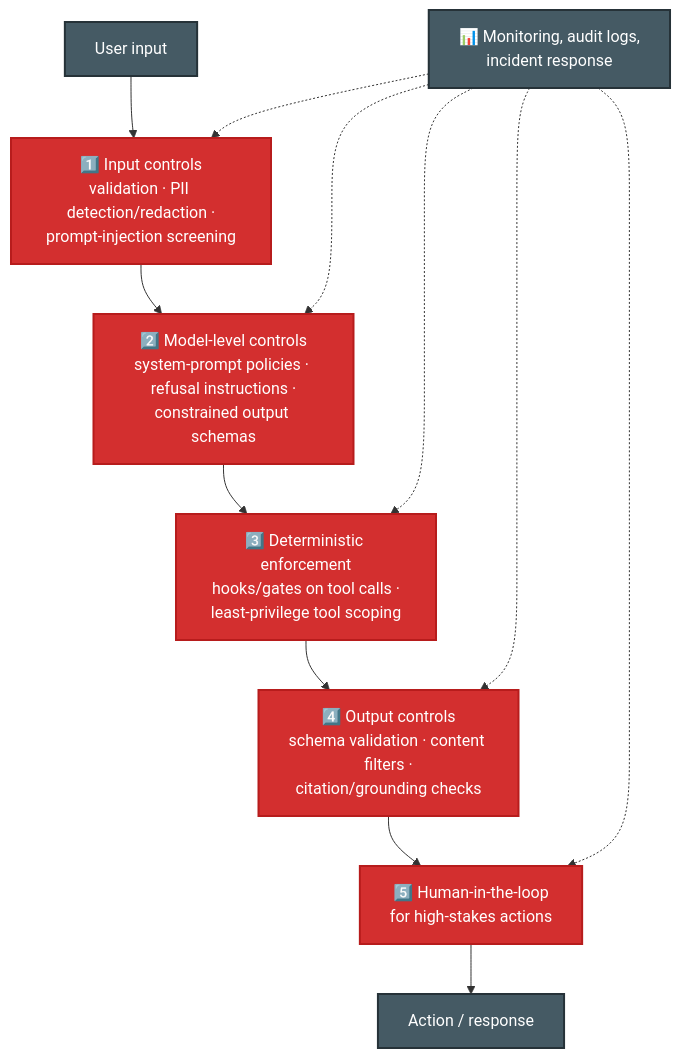
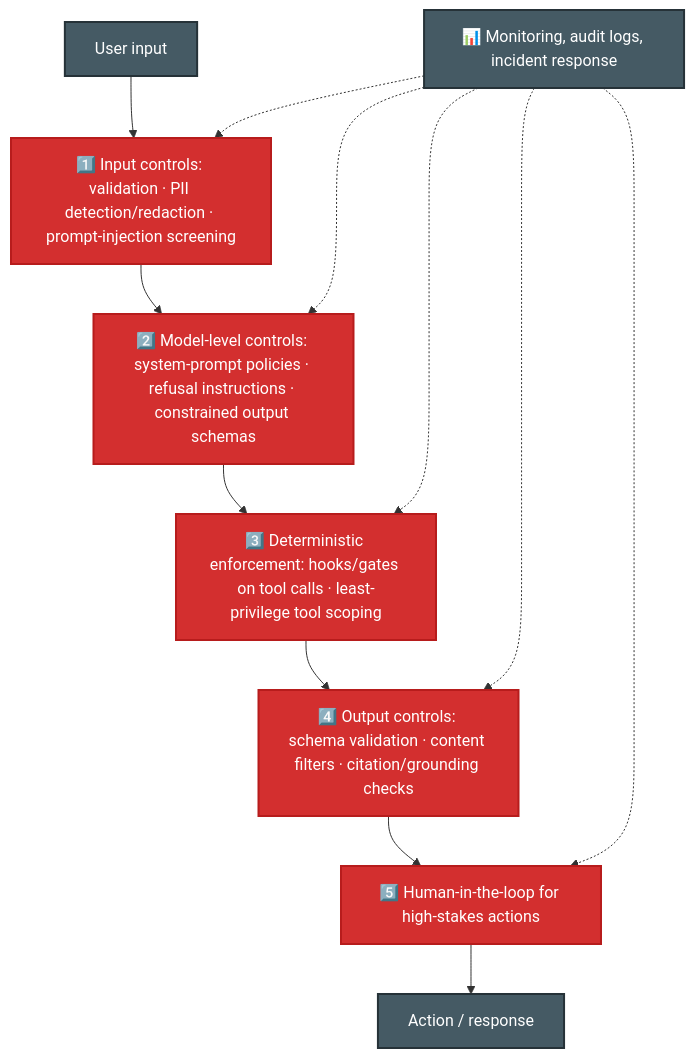
Before and after one commit to parmar-m/claude-architect-certification-prep: the first of 3 diagrams in CCA-P/domains/d5-governance-safety-risk.md, drawn with Mermaid. The commit also changed other lines of this file and 25 other files, not shown here.

````diff
--- a/CCA-P/domains/d5-governance-safety-risk.md
+++ b/CCA-P/domains/d5-governance-safety-risk.md
@@ -13,14 +13,14 @@
 ```mermaid
 flowchart TD
-    IN["User input"] --> L1["1️⃣ Input controls<br/>validation · PII detection/redaction ·<br/>prompt-injection screening"]
-    L1 --> L2["2️⃣ Model-level controls<br/>system-prompt policies · refusal instructions ·<br/>constrained output schemas"]
-    L2 --> L3["3️⃣ Deterministic enforcement<br/>hooks/gates on tool calls ·<br/>least-privilege tool scoping"]
-    L3 --> L4["4️⃣ Output controls<br/>schema validation · content filters ·<br/>citation/grounding checks"]
-    L4 --> L5["5️⃣ Human-in-the-loop<br/>for high-stakes actions"]
+    IN["User input"] --> L1["1️⃣ Input controls: validation · PII detection/redaction · prompt-injection screening"]
+    L1 --> L2["2️⃣ Model-level controls: system-prompt policies · refusal instructions · constrained output schemas"]
+    L2 --> L3["3️⃣ Deterministic enforcement: hooks/gates on tool calls · least-privilege tool scoping"]
+    L3 --> L4["4️⃣ Output controls: schema validation · content filters · citation/grounding checks"]
+    L4 --> L5["5️⃣ Human-in-the-loop for high-stakes actions"]
     L5 --> OUT["Action / response"]
-    MON["📊 Monitoring, audit logs,<br/>incident response"] -.-> L1 & L2 & L3 & L4 & L5
+    MON["📊 Monitoring, audit logs, incident response"] -.-> L1 & L2 & L3 & L4 & L5
     classDef layer fill:#D32F2F,color:#fff,stroke:#B71C1C,stroke-width:2px
     classDef mon fill:#455A64,color:#fff,stroke:#263238,stroke-width:2px
     class L1,L2,L3,L4,L5 layer
     class IN,OUT,MON mon
 ```
````
